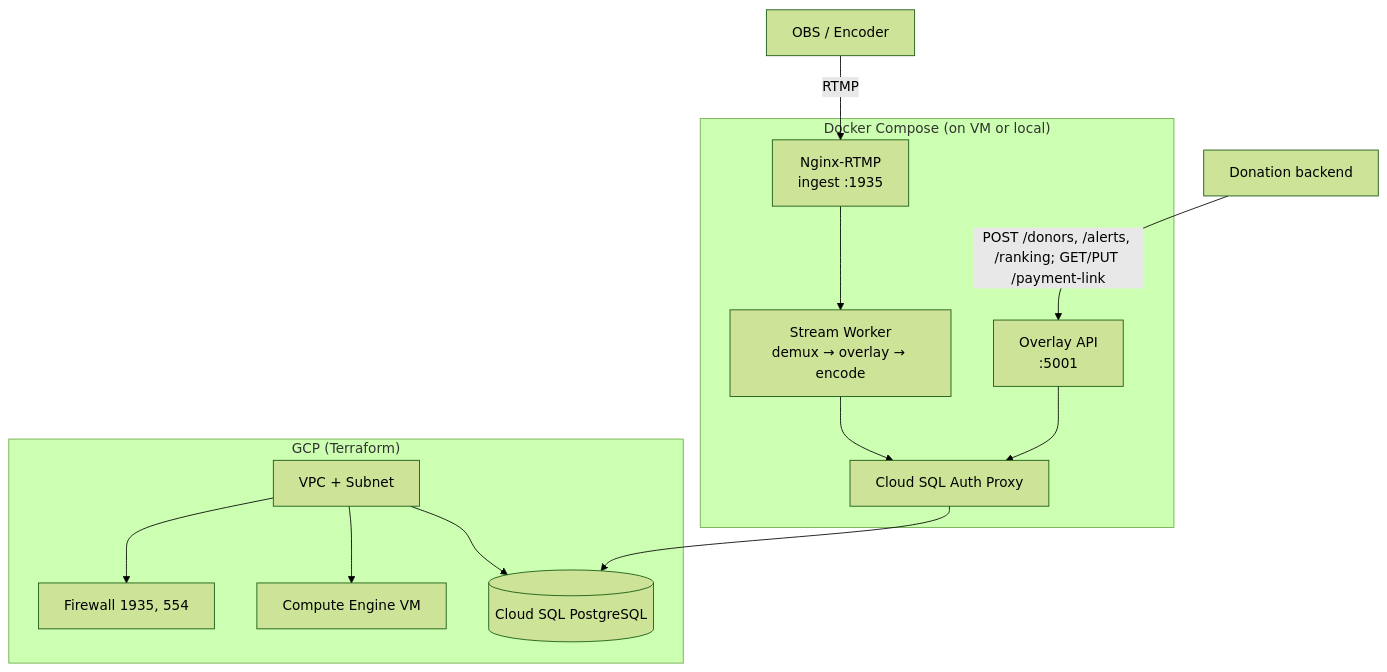
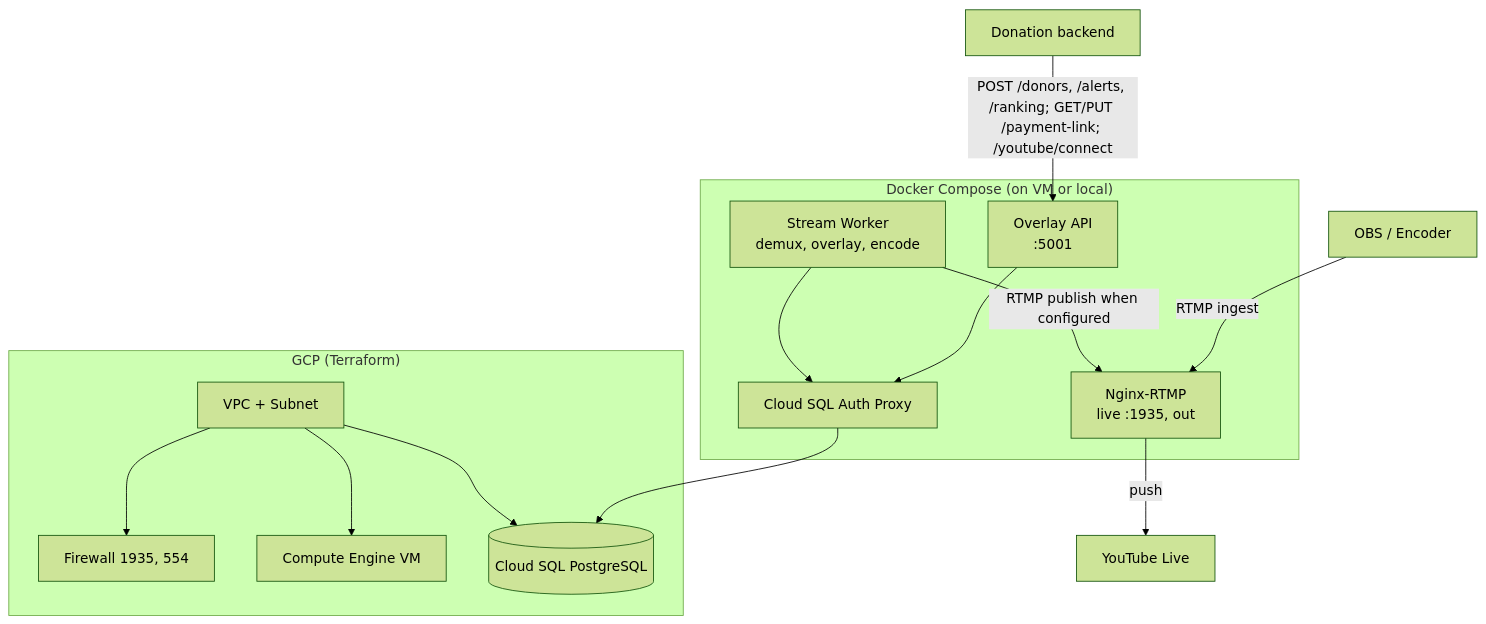
The first of 5 diagrams in README.md (iklobato/donatik-tube), drawn with Mermaid (forest theme) before and after one commit. The commit also changed other lines of this file and 3 other files, not shown here.

First line of the commit message:
docs: update README and env examples for YouTube Live and RTMP

````diff
--- a/README.md
+++ b/README.md
@@ -30,26 +31,27 @@
 ```mermaid
 flowchart TB
     subgraph GCP["GCP (Terraform)"]
         VPC[VPC + Subnet]
         FW[Firewall 1935, 554]
         VM[Compute Engine VM]
         DB[(Cloud SQL PostgreSQL)]
         VPC --> FW
         VPC --> VM
         VPC --> DB
     end
 
     subgraph Docker["Docker Compose (on VM or local)"]
-        NGINX[Nginx-RTMP<br/>ingest :1935]
-        WORKER[Stream Worker<br/>demux → overlay → encode]
+        NGINX[Nginx-RTMP<br/>live :1935, out]
+        WORKER[Stream Worker<br/>demux, overlay, encode]
         API[Overlay API<br/>:5001]
         PROXY[Cloud SQL Auth Proxy]
-        NGINX --> WORKER
+        WORKER -->|RTMP publish when configured| NGINX
         WORKER --> PROXY
         API --> PROXY
         PROXY --> DB
     end
 
-    OBS[OBS / Encoder] -->|RTMP| NGINX
-    BACKEND[Donation backend] -->|POST /donors, /alerts, /ranking; GET/PUT /payment-link| API
+    OBS[OBS / Encoder] -->|RTMP ingest| NGINX
+    BACKEND[Donation backend] -->|POST /donors, /alerts, /ranking; GET/PUT /payment-link; /youtube/connect| API
+    NGINX -->|push| YT[YouTube Live]
 ```
````
